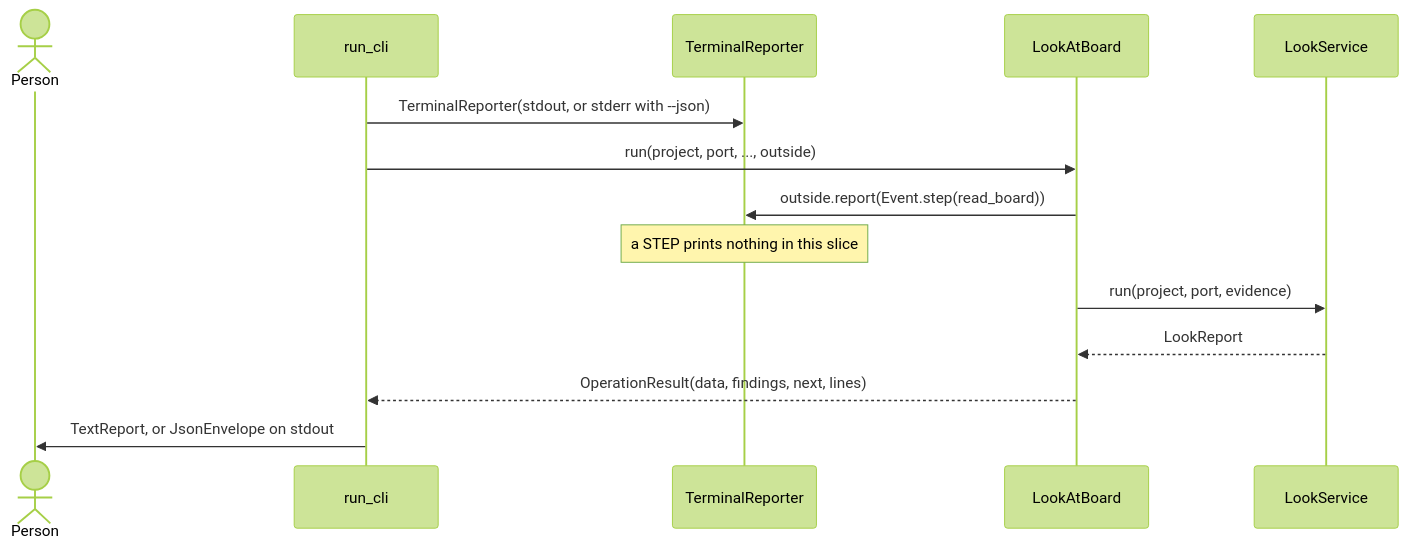
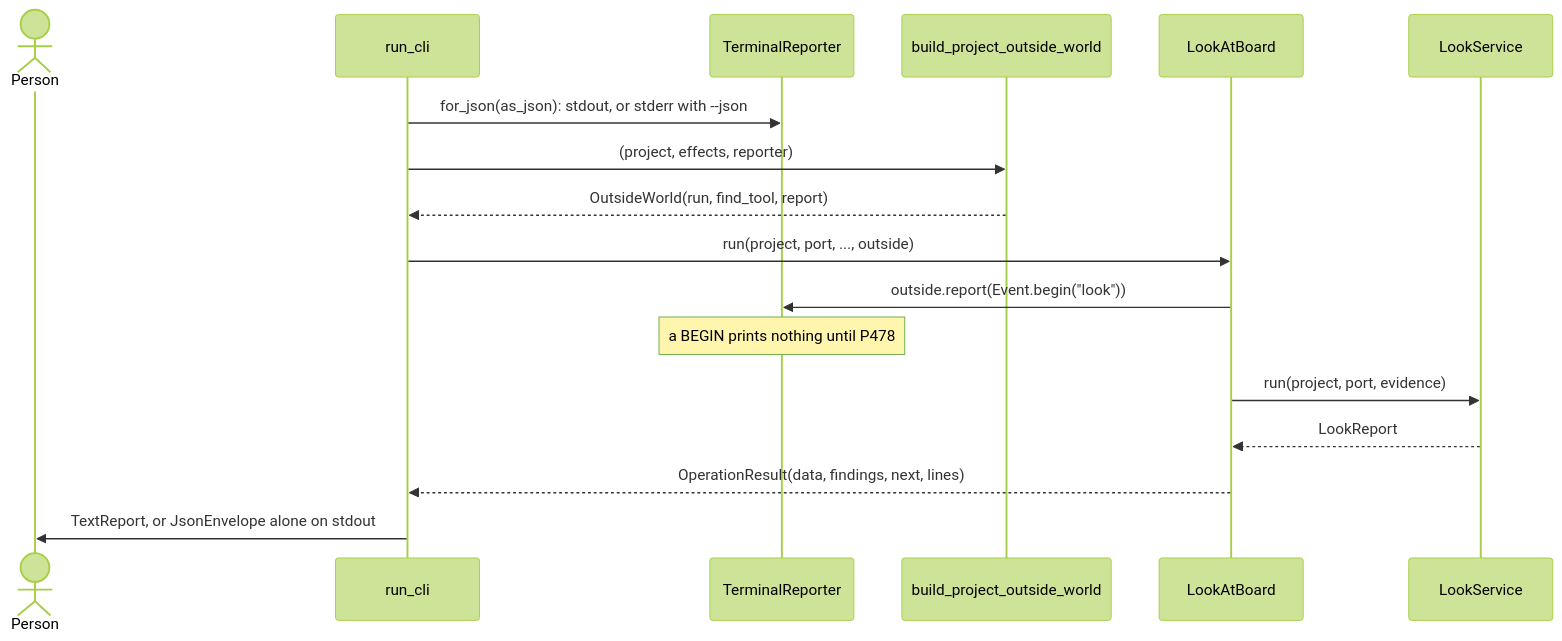
Before and after one commit to xmejkal/spark: the second of 3 diagrams in docs/discovery/2026-10-19-p323-target-architecture/architecture/event-seam-plan.md, drawn with Mermaid (forest theme). The commit also changed other lines of this file and 2 other files, not shown here.

First line of the commit message:
P479: plan council round 1: the Event is kind, code, text; four rules of the seam; echo_to moves to E2; deploy goldens before E2; You decide box; council record and rows

````diff
--- a/docs/discovery/2026-10-19-p323-target-architecture/architecture/event-seam-plan.md
+++ b/docs/discovery/2026-10-19-p323-target-architecture/architecture/event-seam-plan.md
@@ -128,16 +159,19 @@
 ```mermaid
 sequenceDiagram
   actor P as Person
   participant CLI as run_cli
   participant R as TerminalReporter
+  participant B as build_project_outside_world
   participant O as LookAtBoard
   participant S as LookService
-  CLI->>R: TerminalReporter(stdout, or stderr with --json)
+  CLI->>R: for_json(as_json): stdout, or stderr with --json
+  CLI->>B: (project, effects, reporter)
+  B-->>CLI: OutsideWorld(run, find_tool, report)
   CLI->>O: run(project, port, ..., outside)
-  O->>R: outside.report(Event.step(read_board))
-  Note over R: a STEP prints nothing in this slice
+  O->>R: outside.report(Event.begin("look"))
+  Note over R: a BEGIN prints nothing until P478
   O->>S: run(project, port, evidence)
   S-->>O: LookReport
   O-->>CLI: OperationResult(data, findings, next, lines)
-  CLI->>P: TextReport, or JsonEnvelope on stdout
+  CLI->>P: TextReport, or JsonEnvelope alone on stdout
 ```
````
